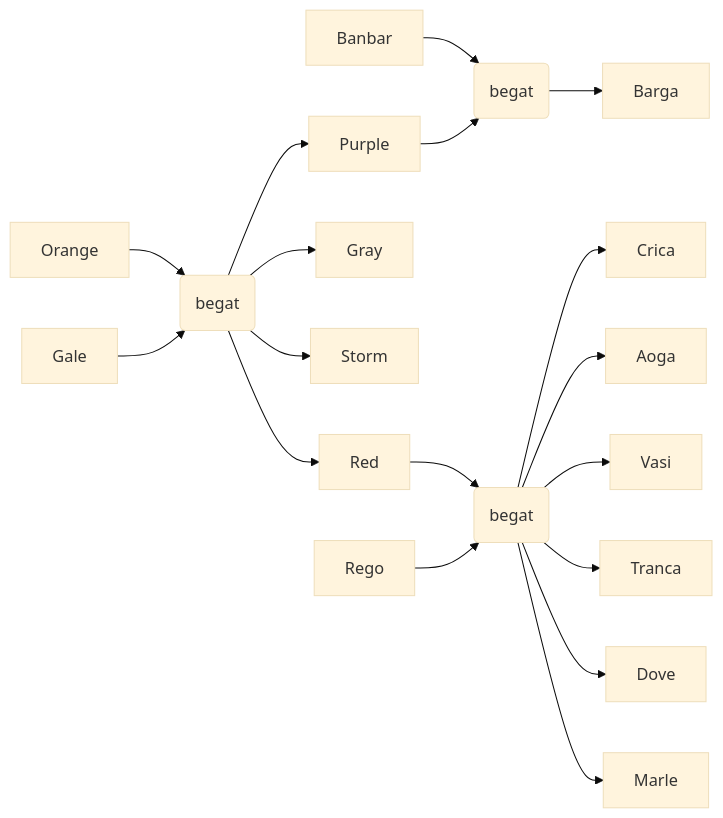
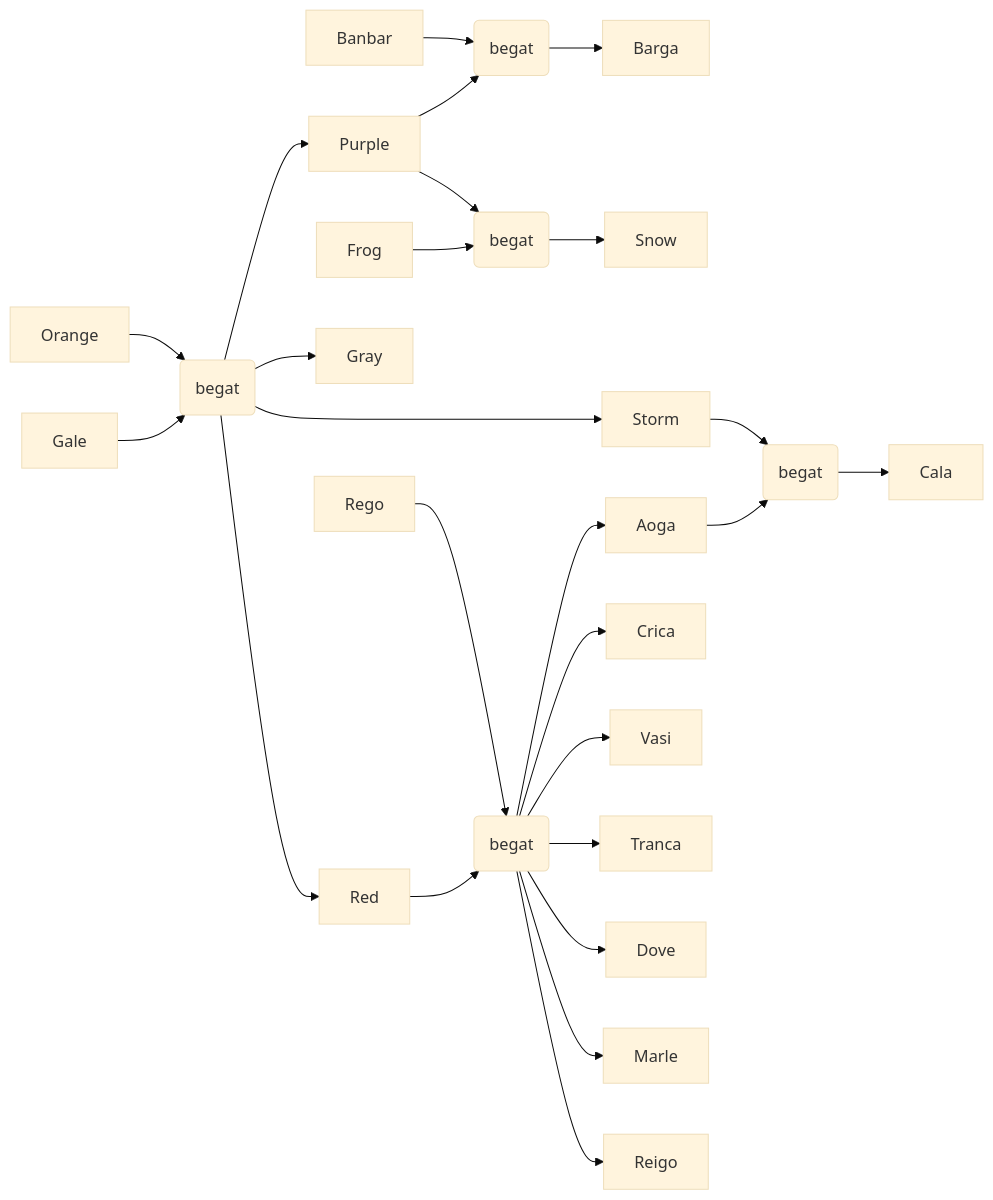
One commit to WuphonsReach/rimworld-notes changed the diagram in plays/BaidaTribe2025/Baida-FamilyTrees.md. Above: the diagram before and after it, drawn with Mermaid (base theme). The commit also changed 1 other file, not shown here.

Commit message:
Baida 5531

````diff
--- a/plays/BaidaTribe2025/Baida-FamilyTrees.md
+++ b/plays/BaidaTribe2025/Baida-FamilyTrees.md
@@ -5,20 +5,27 @@
 ```mermaid
 flowchart LR
   Orange --> OrangeGale(begat)
   Gale --> OrangeGale(begat)
   Banbar --> PurpleBanbar(begat)
   Purple --> PurpleBanbar(begat)
   PurpleBanbar --> Barga
+  Purple --> PurpleFrog(begat)
+  Frog --> PurpleFrog(begat)
+  PurpleFrog --> Snow
   OrangeGale --> Purple
   OrangeGale --> Gray
   OrangeGale --> Storm
   OrangeGale --> Red
   Red --> RedRego(begat)
   Rego --> RedRego(begat)
+  RedRego --> Aoga
   RedRego --> Crica
-  RedRego --> Aoga
   RedRego --> Vasi
   RedRego --> Tranca
   RedRego --> Dove
   RedRego --> Marle
+  RedRego --> Reigo
+  Aoga --> AogaStorm(begat)
+  Storm --> AogaStorm(begat)
+  AogaStorm --> Cala
 ```
````
